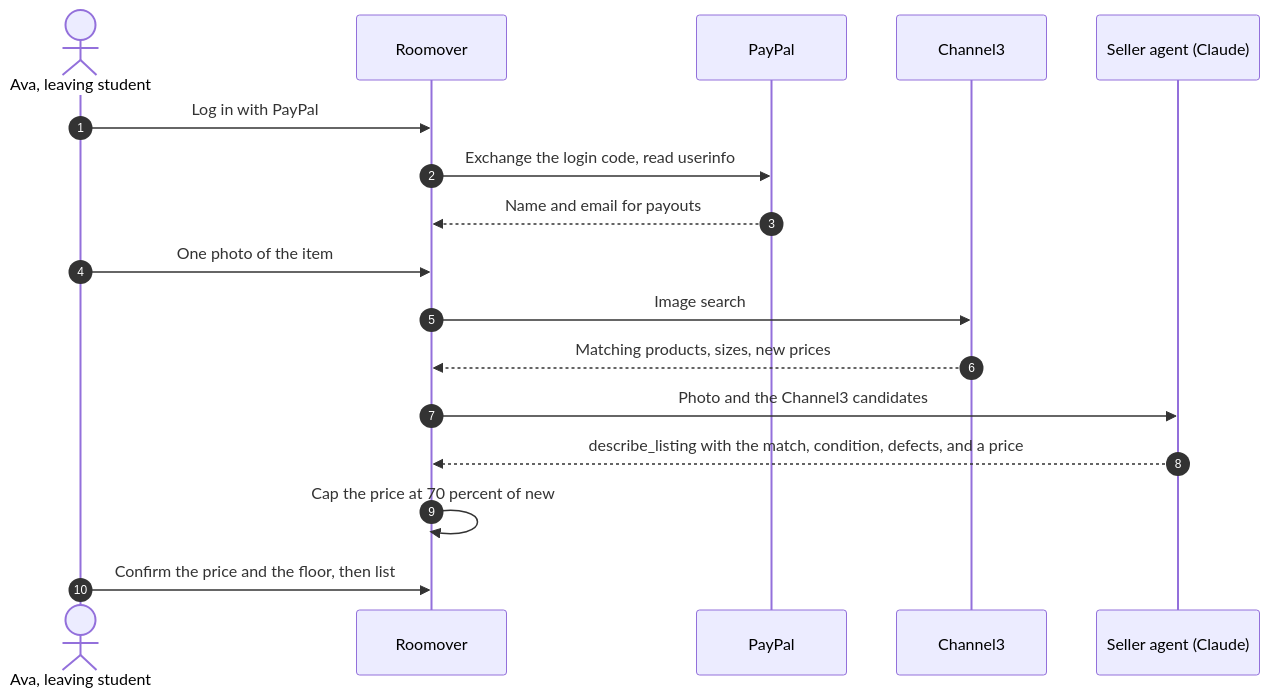
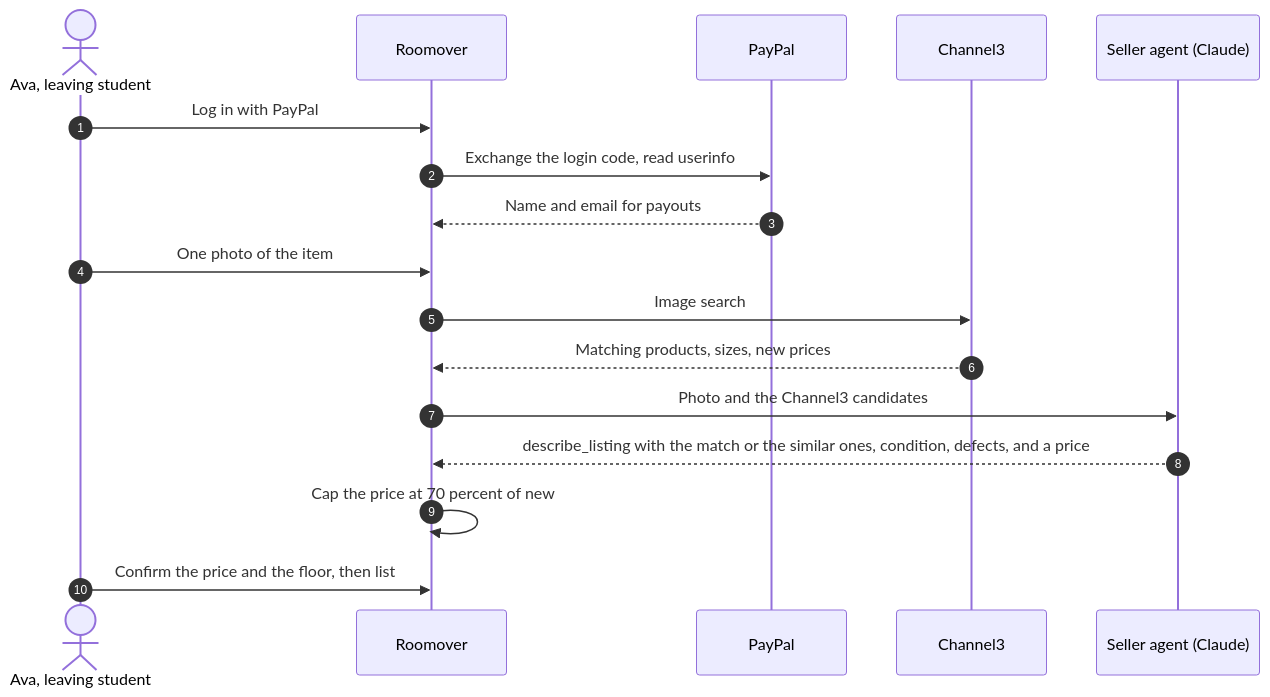
The second of 6 diagrams in README.md (starJin2003/roomover), drawn with Mermaid before and after one commit. The commit also changed other lines of this file and 12 other files, not shown here.

````diff
--- a/README.md
+++ b/README.md
@@ -63,19 +65,19 @@
 ```mermaid
 sequenceDiagram
     autonumber
     actor Ava as Ava, leaving student
     participant R as Roomover
     participant P as PayPal
     participant C3 as Channel3
     participant S as Seller agent (Claude)
     Ava->>R: Log in with PayPal
     R->>P: Exchange the login code, read userinfo
     P-->>R: Name and email for payouts
     Ava->>R: One photo of the item
     R->>C3: Image search
     C3-->>R: Matching products, sizes, new prices
     R->>S: Photo and the Channel3 candidates
-    S-->>R: describe_listing with the match, condition, defects, and a price
+    S-->>R: describe_listing with the match or the similar ones, condition, defects, and a price
     R->>R: Cap the price at 70 percent of new
     Ava->>R: Confirm the price and the floor, then list
 ```
````
